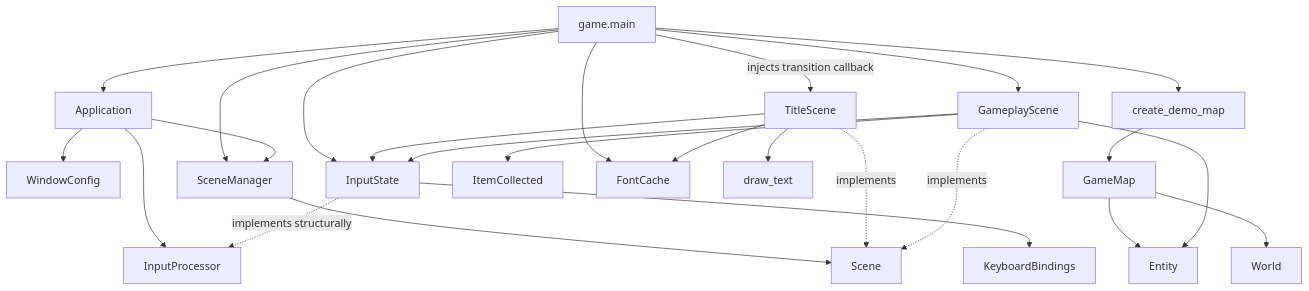
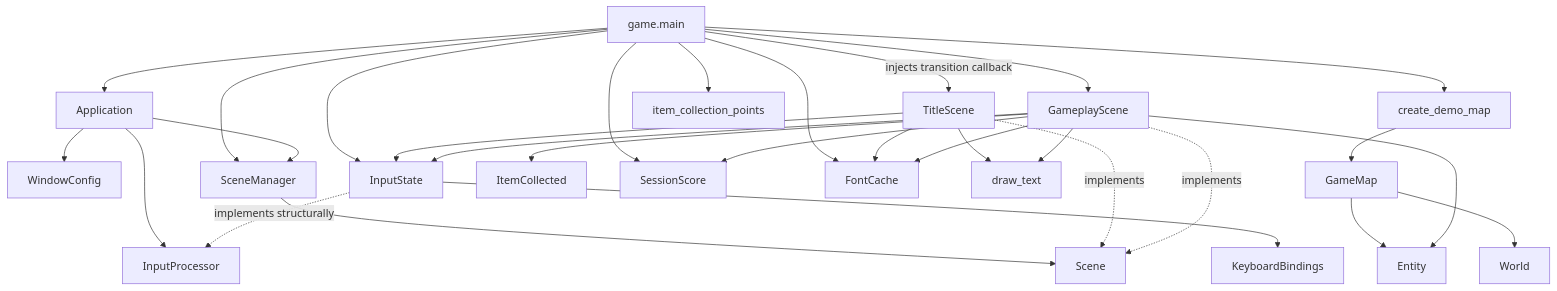
The diagram in docs/architecture/overview.md (VincentMardon/my_first_adventure_game), drawn with Mermaid before and after one commit. The commit also changed other lines of this file and 17 other files, not shown here.

Commit message:
feat(scoring): award and display collection points

````diff
--- a/docs/architecture/overview.md
+++ b/docs/architecture/overview.md
@@ -153,50 +161,57 @@
 ```mermaid
 flowchart TD
     GameMain["game.main"]
     Application["Application"]
     WindowConfig["WindowConfig"]
     InputProcessor["InputProcessor"]
     InputState["InputState"]
     KeyboardBindings["KeyboardBindings"]
     SceneManager["SceneManager"]
     Scene["Scene"]
     TitleScene["TitleScene"]
     GameplayScene["GameplayScene"]
     DemoMap["create_demo_map"]
     GameMap["GameMap"]
     World["World"]
     Entity["Entity"]
     ItemCollected["ItemCollected"]
+    ItemCollectionPoints["item_collection_points"]
+    SessionScore["SessionScore"]
     FontCache["FontCache"]
     DrawText["draw_text"]
 
     GameMain --> Application
     GameMain --> InputState
     GameMain --> SceneManager
     GameMain -->|"injects transition callback"| TitleScene
     GameMain --> GameplayScene
     GameMain --> DemoMap
+    GameMain --> ItemCollectionPoints
+    GameMain --> SessionScore
     GameMain --> FontCache
 
     DemoMap --> GameMap
     GameMap --> World
     GameMap --> Entity
 
     Application --> WindowConfig
     Application --> InputProcessor
     Application --> SceneManager
 
     TitleScene --> FontCache
     TitleScene --> DrawText
     TitleScene --> InputState
 
     GameplayScene --> InputState
     GameplayScene --> Entity
     GameplayScene --> ItemCollected
+    GameplayScene --> SessionScore
+    GameplayScene --> FontCache
+    GameplayScene --> DrawText
 
     InputState -. "implements structurally" .-> InputProcessor
     InputState --> KeyboardBindings
     SceneManager --> Scene
     TitleScene -. "implements" .-> Scene
     GameplayScene -. "implements" .-> Scene
 ```
````
